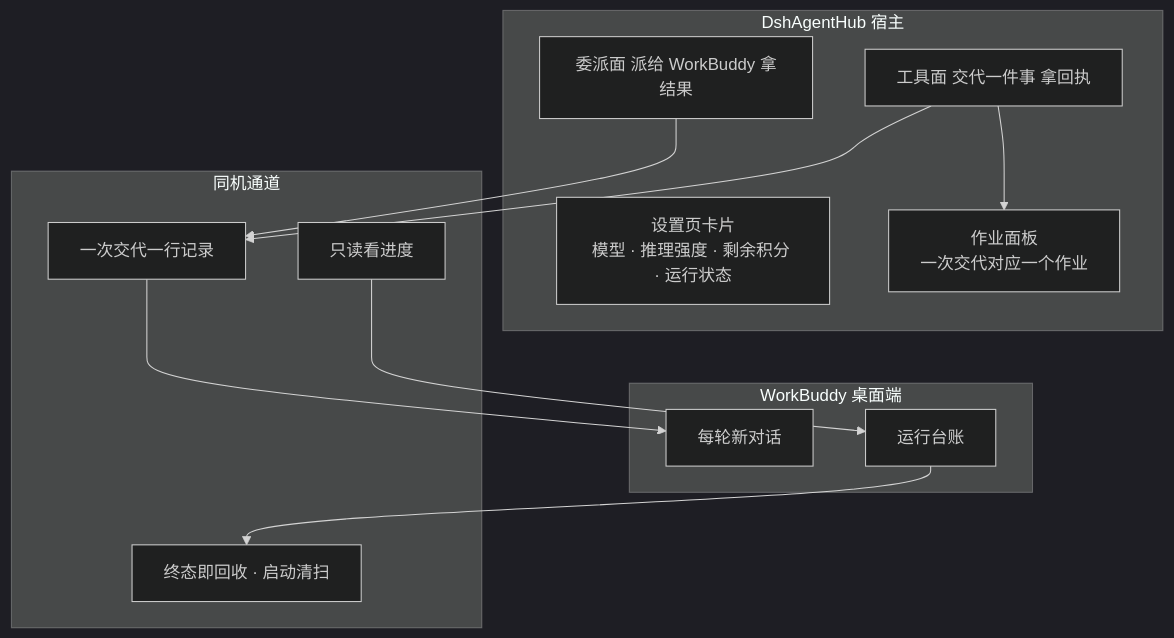
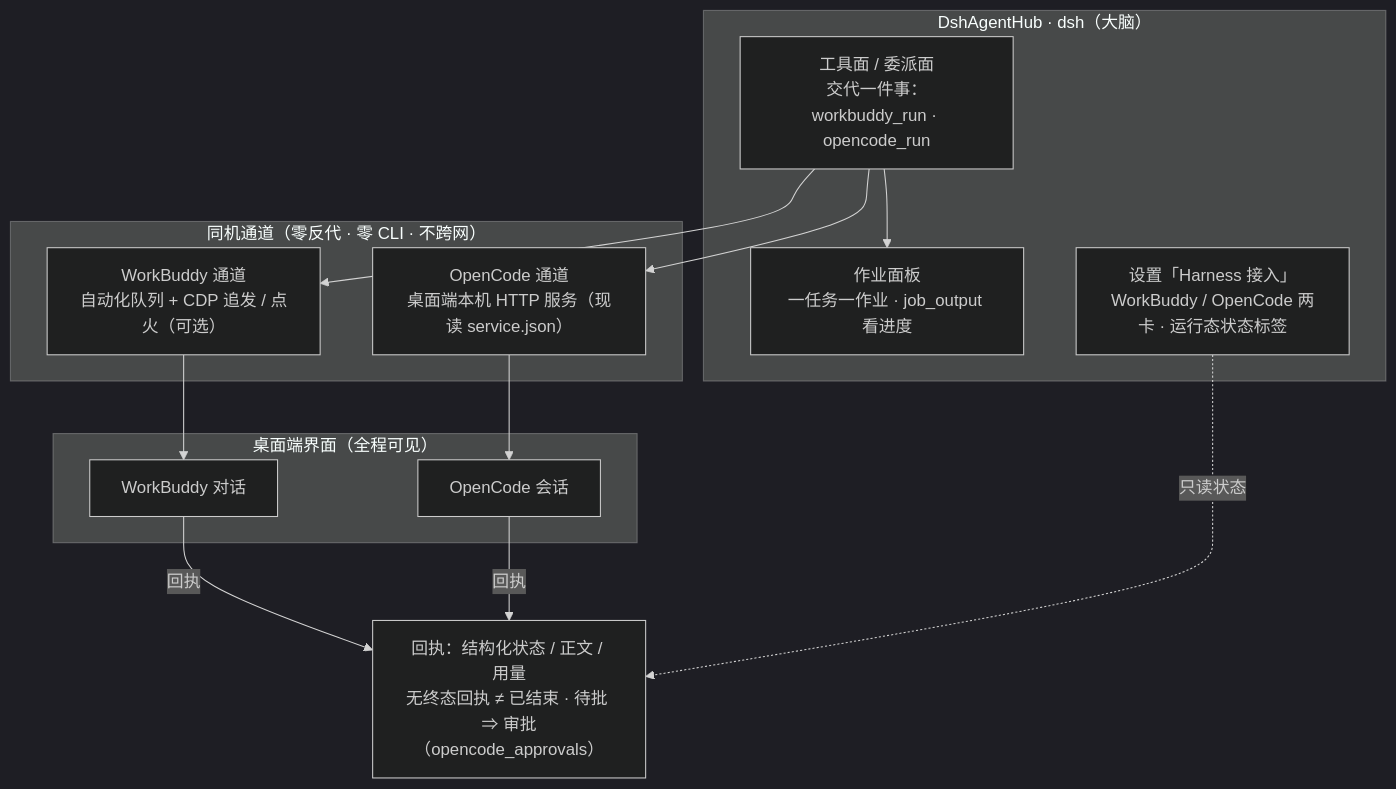
One commit to Zoupidan/DshAgentHub changed the diagram in README.md. Above: the diagram before and after it, drawn with Mermaid (dark theme). The commit also changed other lines of this file, not shown here.

First line of the commit message:
docs(readme): 全量双 harness 化 + 架构图重绘

````diff
--- a/README.md
+++ b/README.md
@@ -46,24 +49,23 @@
 ```mermaid
 graph TB
-    subgraph DSH["DshAgentHub 宿主"]
-        Card["设置页卡片<br/>模型 · 推理强度 · 剩余积分 · 运行状态"]
-        Tool["工具面 交代一件事 拿回执"]
-        Sub["委派面 派给 WorkBuddy 拿结果"]
-        Job["作业面板<br/>一次交代对应一个作业"]
+    subgraph DSH["DshAgentHub · dsh（大脑）"]
+        T["工具面 / 委派面<br/>交代一件事：workbuddy_run · opencode_run"]
+        J["作业面板<br/>一任务一作业 · job_output 看进度"]
+        H["设置「Harness 接入」<br/>WorkBuddy / OpenCode 两卡 · 运行态状态标签"]
     end
-    subgraph CH["同机通道"]
-        Row["一次交代一行记录"]
-        Poll["只读看进度"]
-        Retire["终态即回收 · 启动清扫"]
+    subgraph CH["同机通道（零反代 · 零 CLI · 不跨网）"]
+        W["WorkBuddy 通道<br/>自动化队列 + CDP 追发 / 点火（可选）"]
+        O["OpenCode 通道<br/>桌面端本机 HTTP 服务（现读 service.json）"]
     end
-    subgraph WB["WorkBuddy 桌面端"]
-        Conv["每轮新对话"]
-        Runs["运行台账"]
+    subgraph GUI["桌面端界面（全程可见）"]
+        WD["WorkBuddy 对话"]
+        OD["OpenCode 会话"]
     end
-    Tool --> Job
-    Tool --> Row
-    Sub --> Row
-    Row --> Conv
-    Poll --> Runs
-    Runs --> Retire
+    R["回执：结构化状态 / 正文 / 用量<br/>无终态回执 ≠ 已结束 · 待批 ⇒ 审批（opencode_approvals）"]
+    T --> J
+    T --> W --> WD
+    T --> O --> OD
+    WD -->|回执| R
+    OD -->|回执| R
+    H -.只读状态.-> R
 ```
````
